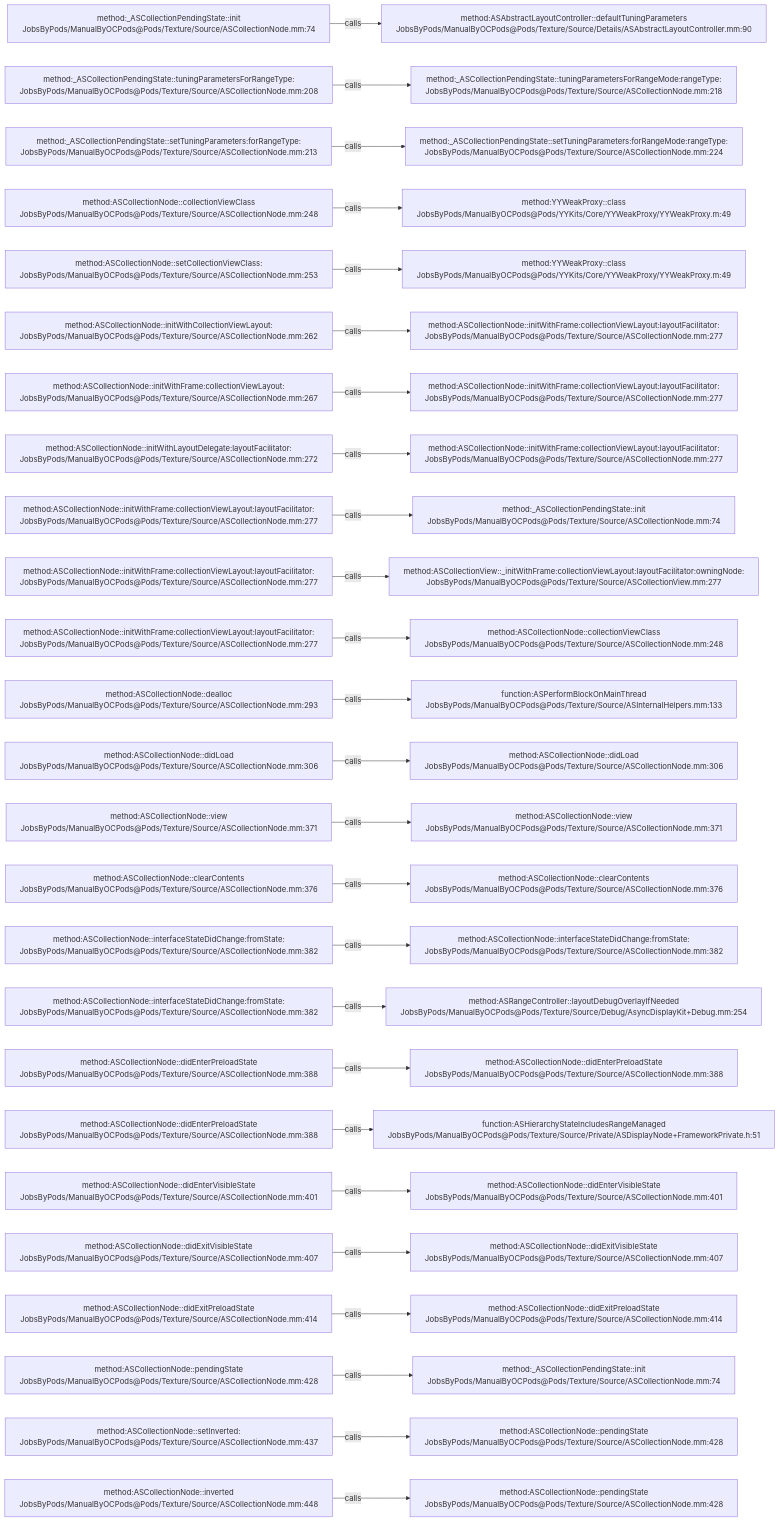
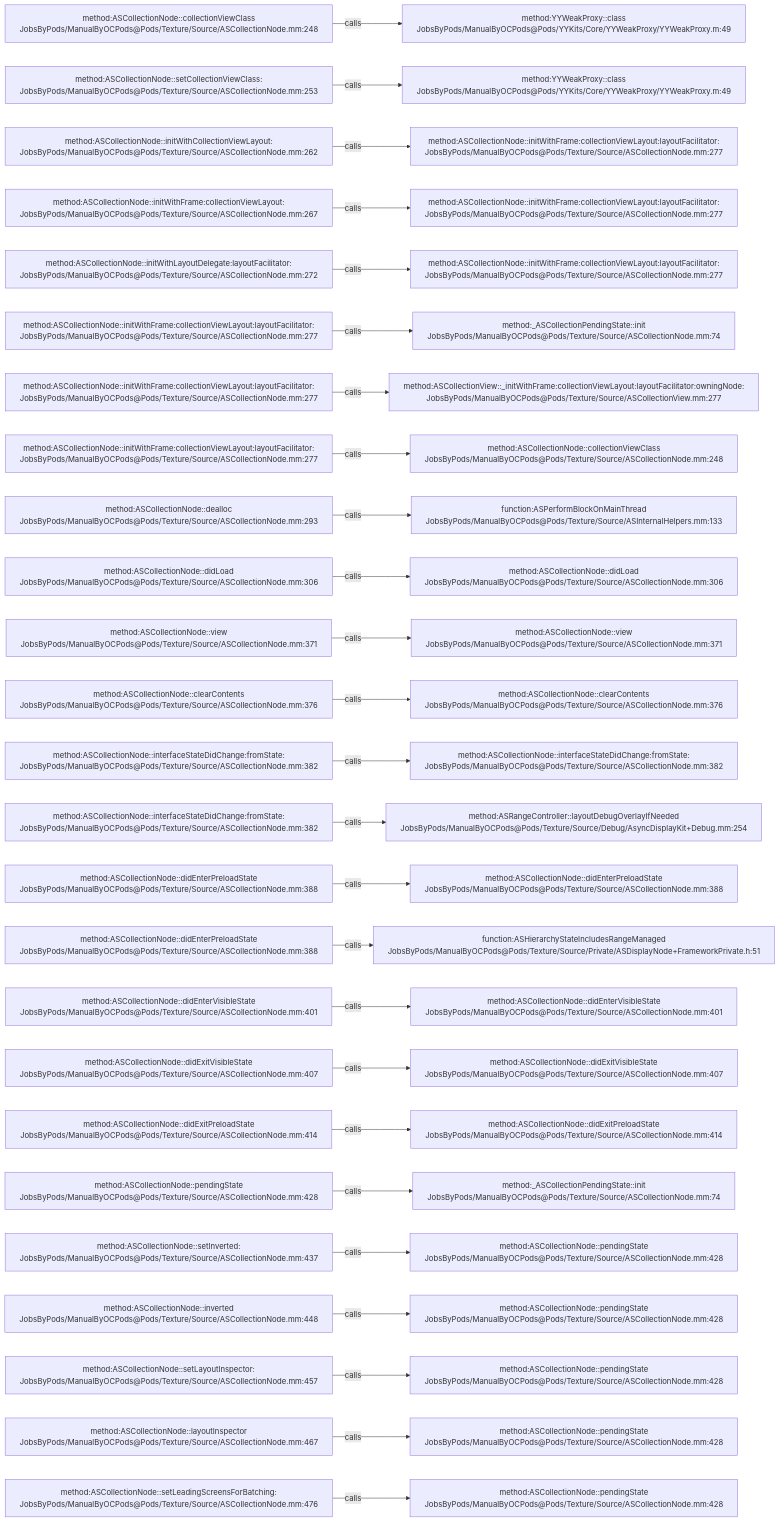
Before and after one commit to JobsKits/JobsOCBaseConfigDemo: the diagram in .codegraph/codegraph.md/graphs/calls-078.md, drawn with Mermaid. The commit also changed 342 other files, not shown here.

````diff
--- a/.codegraph/codegraph.md/graphs/calls-078.md
+++ b/.codegraph/codegraph.md/graphs/calls-078.md
@@ -13,78 +13,78 @@
 ```mermaid
 flowchart LR
-  S1["method:_ASCollectionPendingState::init<br/>JobsByPods/ManualByOCPods@Pods/Texture/Source/ASCollectionNode.mm:74"]
-  T1["method:ASAbstractLayoutController::defaultTuningParameters<br/>JobsByPods/ManualByOCPods@Pods/Texture/Source/Details/ASAbstractLayoutController.mm:90"]
+  S1["method:ASCollectionNode::collectionViewClass<br/>JobsByPods/ManualByOCPods@Pods/Texture/Source/ASCollectionNode.mm:248"]
+  T1["method:YYWeakProxy::class<br/>JobsByPods/ManualByOCPods@Pods/YYKits/Core/YYWeakProxy/YYWeakProxy.m:49"]
   S1 -->|calls| T1
-  S2["method:_ASCollectionPendingState::tuningParametersForRangeType:<br/>JobsByPods/ManualByOCPods@Pods/Texture/Source/ASCollectionNode.mm:208"]
-  T2["method:_ASCollectionPendingState::tuningParametersForRangeMode:rangeType:<br/>JobsByPods/ManualByOCPods@Pods/Texture/Source/ASCollectionNode.mm:218"]
+  S2["method:ASCollectionNode::setCollectionViewClass:<br/>JobsByPods/ManualByOCPods@Pods/Texture/Source/ASCollectionNode.mm:253"]
+  T2["method:YYWeakProxy::class<br/>JobsByPods/ManualByOCPods@Pods/YYKits/Core/YYWeakProxy/YYWeakProxy.m:49"]
   S2 -->|calls| T2
-  S3["method:_ASCollectionPendingState::setTuningParameters:forRangeType:<br/>JobsByPods/ManualByOCPods@Pods/Texture/Source/ASCollectionNode.mm:213"]
-  T3["method:_ASCollectionPendingState::setTuningParameters:forRangeMode:rangeType:<br/>JobsByPods/ManualByOCPods@Pods/Texture/Source/ASCollectionNode.mm:224"]
+  S3["method:ASCollectionNode::initWithCollectionViewLayout:<br/>JobsByPods/ManualByOCPods@Pods/Texture/Source/ASCollectionNode.mm:262"]
+  T3["method:ASCollectionNode::initWithFrame:collectionViewLayout:layoutFacilitator:<br/>JobsByPods/ManualByOCPods@Pods/Texture/Source/ASCollectionNode.mm:277"]
   S3 -->|calls| T3
-  S4["method:ASCollectionNode::collectionViewClass<br/>JobsByPods/ManualByOCPods@Pods/Texture/Source/ASCollectionNode.mm:248"]
-  T4["method:YYWeakProxy::class<br/>JobsByPods/ManualByOCPods@Pods/YYKits/Core/YYWeakProxy/YYWeakProxy.m:49"]
+  S4["method:ASCollectionNode::initWithFrame:collectionViewLayout:<br/>JobsByPods/ManualByOCPods@Pods/Texture/Source/ASCollectionNode.mm:267"]
+  T4["method:ASCollectionNode::initWithFrame:collectionViewLayout:layoutFacilitator:<br/>JobsByPods/ManualByOCPods@Pods/Texture/Source/ASCollectionNode.mm:277"]
   S4 -->|calls| T4
-  S5["method:ASCollectionNode::setCollectionViewClass:<br/>JobsByPods/ManualByOCPods@Pods/Texture/Source/ASCollectionNode.mm:253"]
-  T5["method:YYWeakProxy::class<br/>JobsByPods/ManualByOCPods@Pods/YYKits/Core/YYWeakProxy/YYWeakProxy.m:49"]
+  S5["method:ASCollectionNode::initWithLayoutDelegate:layoutFacilitator:<br/>JobsByPods/ManualByOCPods@Pods/Texture/Source/ASCollectionNode.mm:272"]
+  T5["method:ASCollectionNode::initWithFrame:collectionViewLayout:layoutFacilitator:<br/>JobsByPods/ManualByOCPods@Pods/Texture/Source/ASCollectionNode.mm:277"]
   S5 -->|calls| T5
-  S6["method:ASCollectionNode::initWithCollectionViewLayout:<br/>JobsByPods/ManualByOCPods@Pods/Texture/Source/ASCollectionNode.mm:262"]
-  T6["method:ASCollectionNode::initWithFrame:collectionViewLayout:layoutFacilitator:<br/>JobsByPods/ManualByOCPods@Pods/Texture/Source/ASCollectionNode.mm:277"]
+  S6["method:ASCollectionNode::initWithFrame:collectionViewLayout:layoutFacilitator:<br/>JobsByPods/ManualByOCPods@Pods/Texture/Source/ASCollectionNode.mm:277"]
+  T6["method:_ASCollectionPendingState::init<br/>JobsByPods/ManualByOCPods@Pods/Texture/Source/ASCollectionNode.mm:74"]
   S6 -->|calls| T6
-  S7["method:ASCollectionNode::initWithFrame:collectionViewLayout:<br/>JobsByPods/ManualByOCPods@Pods/Texture/Source/ASCollectionNode.mm:267"]
-  T7["method:ASCollectionNode::initWithFrame:collectionViewLayout:layoutFacilitator:<br/>JobsByPods/ManualByOCPods@Pods/Texture/Source/ASCollectionNode.mm:277"]
+  S7["method:ASCollectionNode::initWithFrame:collectionViewLayout:layoutFacilitator:<br/>JobsByPods/ManualByOCPods@Pods/Texture/Source/ASCollectionNode.mm:277"]
+  T7["method:ASCollectionView::_initWithFrame:collectionViewLayout:layoutFacilitator:owningNode:<br/>JobsByPods/ManualByOCPods@Pods/Texture/Source/ASCollectionView.mm:277"]
   S7 -->|calls| T7
-  S8["method:ASCollectionNode::initWithLayoutDelegate:layoutFacilitator:<br/>JobsByPods/ManualByOCPods@Pods/Texture/Source/ASCollectionNode.mm:272"]
-  T8["method:ASCollectionNode::initWithFrame:collectionViewLayout:layoutFacilitator:<br/>JobsByPods/ManualByOCPods@Pods/Texture/Source/ASCollectionNode.mm:277"]
+  S8["method:ASCollectionNode::initWithFrame:collectionViewLayout:layoutFacilitator:<br/>JobsByPods/ManualByOCPods@Pods/Texture/Source/ASCollectionNode.mm:277"]
+  T8["method:ASCollectionNode::collectionViewClass<br/>JobsByPods/ManualByOCPods@Pods/Texture/Source/ASCollectionNode.mm:248"]
   S8 -->|calls| T8
-  S9["method:ASCollectionNode::initWithFrame:collectionViewLayout:layoutFacilitator:<br/>JobsByPods/ManualByOCPods@Pods/Texture/Source/ASCollectionNode.mm:277"]
-  T9["method:_ASCollectionPendingState::init<br/>JobsByPods/ManualByOCPods@Pods/Texture/Source/ASCollectionNode.mm:74"]
+  S9["method:ASCollectionNode::dealloc<br/>JobsByPods/ManualByOCPods@Pods/Texture/Source/ASCollectionNode.mm:293"]
+  T9["function:ASPerformBlockOnMainThread<br/>JobsByPods/ManualByOCPods@Pods/Texture/Source/ASInternalHelpers.mm:133"]
   S9 -->|calls| T9
-  S10["method:ASCollectionNode::initWithFrame:collectionViewLayout:layoutFacilitator:<br/>JobsByPods/ManualByOCPods@Pods/Texture/Source/ASCollectionNode.mm:277"]
-  T10["method:ASCollectionView::_initWithFrame:collectionViewLayout:layoutFacilitator:owningNode:<br/>JobsByPods/ManualByOCPods@Pods/Texture/Source/ASCollectionView.mm:277"]
+  S10["method:ASCollectionNode::didLoad<br/>JobsByPods/ManualByOCPods@Pods/Texture/Source/ASCollectionNode.mm:306"]
+  T10["method:ASCollectionNode::didLoad<br/>JobsByPods/ManualByOCPods@Pods/Texture/Source/ASCollectionNode.mm:306"]
   S10 -->|calls| T10
-  S11["method:ASCollectionNode::initWithFrame:collectionViewLayout:layoutFacilitator:<br/>JobsByPods/ManualByOCPods@Pods/Texture/Source/ASCollectionNode.mm:277"]
-  T11["method:ASCollectionNode::collectionViewClass<br/>JobsByPods/ManualByOCPods@Pods/Texture/Source/ASCollectionNode.mm:248"]
+  S11["method:ASCollectionNode::view<br/>JobsByPods/ManualByOCPods@Pods/Texture/Source/ASCollectionNode.mm:371"]
+  T11["method:ASCollectionNode::view<br/>JobsByPods/ManualByOCPods@Pods/Texture/Source/ASCollectionNode.mm:371"]
   S11 -->|calls| T11
-  S12["method:ASCollectionNode::dealloc<br/>JobsByPods/ManualByOCPods@Pods/Texture/Source/ASCollectionNode.mm:293"]
-  T12["function:ASPerformBlockOnMainThread<br/>JobsByPods/ManualByOCPods@Pods/Texture/Source/ASInternalHelpers.mm:133"]
+  S12["method:ASCollectionNode::clearContents<br/>JobsByPods/ManualByOCPods@Pods/Texture/Source/ASCollectionNode.mm:376"]
+  T12["method:ASCollectionNode::clearContents<br/>JobsByPods/ManualByOCPods@Pods/Texture/Source/ASCollectionNode.mm:376"]
   S12 -->|calls| T12
-  S13["method:ASCollectionNode::didLoad<br/>JobsByPods/ManualByOCPods@Pods/Texture/Source/ASCollectionNode.mm:306"]
-  T13["method:ASCollectionNode::didLoad<br/>JobsByPods/ManualByOCPods@Pods/Texture/Source/ASCollectionNode.mm:306"]
+  S13["method:ASCollectionNode::interfaceStateDidChange:fromState:<br/>JobsByPods/ManualByOCPods@Pods/Texture/Source/ASCollectionNode.mm:382"]
+  T13["method:ASCollectionNode::interfaceStateDidChange:fromState:<br/>JobsByPods/ManualByOCPods@Pods/Texture/Source/ASCollectionNode.mm:382"]
   S13 -->|calls| T13
-  S14["method:ASCollectionNode::view<br/>JobsByPods/ManualByOCPods@Pods/Texture/Source/ASCollectionNode.mm:371"]
-  T14["method:ASCollectionNode::view<br/>JobsByPods/ManualByOCPods@Pods/Texture/Source/ASCollectionNode.mm:371"]
+  S14["method:ASCollectionNode::interfaceStateDidChange:fromState:<br/>JobsByPods/ManualByOCPods@Pods/Texture/Source/ASCollectionNode.mm:382"]
+  T14["method:ASRangeController::layoutDebugOverlayIfNeeded<br/>JobsByPods/ManualByOCPods@Pods/Texture/Source/Debug/AsyncDisplayKit+Debug.mm:254"]
   S14 -->|calls| T14
-  S15["method:ASCollectionNode::clearContents<br/>JobsByPods/ManualByOCPods@Pods/Texture/Source/ASCollectionNode.mm:376"]
-  T15["method:ASCollectionNode::clearContents<br/>JobsByPods/ManualByOCPods@Pods/Texture/Source/ASCollectionNode.mm:376"]
+  S15["method:ASCollectionNode::didEnterPreloadState<br/>JobsByPods/ManualByOCPods@Pods/Texture/Source/ASCollectionNode.mm:388"]
+  T15["method:ASCollectionNode::didEnterPreloadState<br/>JobsByPods/ManualByOCPods@Pods/Texture/Source/ASCollectionNode.mm:388"]
   S15 -->|calls| T15
-  S16["method:ASCollectionNode::interfaceStateDidChange:fromState:<br/>JobsByPods/ManualByOCPods@Pods/Texture/Source/ASCollectionNode.mm:382"]
-  T16["method:ASCollectionNode::interfaceStateDidChange:fromState:<br/>JobsByPods/ManualByOCPods@Pods/Texture/Source/ASCollectionNode.mm:382"]
+  S16["method:ASCollectionNode::didEnterPreloadState<br/>JobsByPods/ManualByOCPods@Pods/Texture/Source/ASCollectionNode.mm:388"]
+  T16["function:ASHierarchyStateIncludesRangeManaged<br/>JobsByPods/ManualByOCPods@Pods/Texture/Source/Private/ASDisplayNode+FrameworkPrivate.h:51"]
   S16 -->|calls| T16
-  S17["method:ASCollectionNode::interfaceStateDidChange:fromState:<br/>JobsByPods/ManualByOCPods@Pods/Texture/Source/ASCollectionNode.mm:382"]
-  T17["method:ASRangeController::layoutDebugOverlayIfNeeded<br/>JobsByPods/ManualByOCPods@Pods/Texture/Source/Debug/AsyncDisplayKit+Debug.mm:254"]
+  S17["method:ASCollectionNode::didEnterVisibleState<br/>JobsByPods/ManualByOCPods@Pods/Texture/Source/ASCollectionNode.mm:401"]
+  T17["method:ASCollectionNode::didEnterVisibleState<br/>JobsByPods/ManualByOCPods@Pods/Texture/Source/ASCollectionNode.mm:401"]
   S17 -->|calls| T17
-  S18["method:ASCollectionNode::didEnterPreloadState<br/>JobsByPods/ManualByOCPods@Pods/Texture/Source/ASCollectionNode.mm:388"]
-  T18["method:ASCollectionNode::didEnterPreloadState<br/>JobsByPods/ManualByOCPods@Pods/Texture/Source/ASCollectionNode.mm:388"]
+  S18["method:ASCollectionNode::didExitVisibleState<br/>JobsByPods/ManualByOCPods@Pods/Texture/Source/ASCollectionNode.mm:407"]
+  T18["method:ASCollectionNode::didExitVisibleState<br/>JobsByPods/ManualByOCPods@Pods/Texture/Source/ASCollectionNode.mm:407"]
   S18 -->|calls| T18
-  S19["method:ASCollectionNode::didEnterPreloadState<br/>JobsByPods/ManualByOCPods@Pods/Texture/Source/ASCollectionNode.mm:388"]
-  T19["function:ASHierarchyStateIncludesRangeManaged<br/>JobsByPods/ManualByOCPods@Pods/Texture/Source/Private/ASDisplayNode+FrameworkPrivate.h:51"]
+  S19["method:ASCollectionNode::didExitPreloadState<br/>JobsByPods/ManualByOCPods@Pods/Texture/Source/ASCollectionNode.mm:414"]
+  T19["method:ASCollectionNode::didExitPreloadState<br/>JobsByPods/ManualByOCPods@Pods/Texture/Source/ASCollectionNode.mm:414"]
   S19 -->|calls| T19
-  S20["method:ASCollectionNode::didEnterVisibleState<br/>JobsByPods/ManualByOCPods@Pods/Texture/Source/ASCollectionNode.mm:401"]
-  T20["method:ASCollectionNode::didEnterVisibleState<br/>JobsByPods/ManualByOCPods@Pods/Texture/Source/ASCollectionNode.mm:401"]
+  S20["method:ASCollectionNode::pendingState<br/>JobsByPods/ManualByOCPods@Pods/Texture/Source/ASCollectionNode.mm:428"]
+  T20["method:_ASCollectionPendingState::init<br/>JobsByPods/ManualByOCPods@Pods/Texture/Source/ASCollectionNode.mm:74"]
   S20 -->|calls| T20
-  S21["method:ASCollectionNode::didExitVisibleState<br/>JobsByPods/ManualByOCPods@Pods/Texture/Source/ASCollectionNode.mm:407"]
-  T21["method:ASCollectionNode::didExitVisibleState<br/>JobsByPods/ManualByOCPods@Pods/Texture/Source/ASCollectionNode.mm:407"]
+  S21["method:ASCollectionNode::setInverted:<br/>JobsByPods/ManualByOCPods@Pods/Texture/Source/ASCollectionNode.mm:437"]
+  T21["method:ASCollectionNode::pendingState<br/>JobsByPods/ManualByOCPods@Pods/Texture/Source/ASCollectionNode.mm:428"]
   S21 -->|calls| T21
-  S22["method:ASCollectionNode::didExitPreloadState<br/>JobsByPods/ManualByOCPods@Pods/Texture/Source/ASCollectionNode.mm:414"]
-  T22["method:ASCollectionNode::didExitPreloadState<br/>JobsByPods/ManualByOCPods@Pods/Texture/Source/ASCollectionNode.mm:414"]
+  S22["method:ASCollectionNode::inverted<br/>JobsByPods/ManualByOCPods@Pods/Texture/Source/ASCollectionNode.mm:448"]
+  T22["method:ASCollectionNode::pendingState<br/>JobsByPods/ManualByOCPods@Pods/Texture/Source/ASCollectionNode.mm:428"]
   S22 -->|calls| T22
-  S23["method:ASCollectionNode::pendingState<br/>JobsByPods/ManualByOCPods@Pods/Texture/Source/ASCollectionNode.mm:428"]
-  T23["method:_ASCollectionPendingState::init<br/>JobsByPods/ManualByOCPods@Pods/Texture/Source/ASCollectionNode.mm:74"]
+  S23["method:ASCollectionNode::setLayoutInspector:<br/>JobsByPods/ManualByOCPods@Pods/Texture/Source/ASCollectionNode.mm:457"]
+  T23["method:ASCollectionNode::pendingState<br/>JobsByPods/ManualByOCPods@Pods/Texture/Source/ASCollectionNode.mm:428"]
   S23 -->|calls| T23
-  S24["method:ASCollectionNode::setInverted:<br/>JobsByPods/ManualByOCPods@Pods/Texture/Source/ASCollectionNode.mm:437"]
+  S24["method:ASCollectionNode::layoutInspector<br/>JobsByPods/ManualByOCPods@Pods/Texture/Source/ASCollectionNode.mm:467"]
   T24["method:ASCollectionNode::pendingState<br/>JobsByPods/ManualByOCPods@Pods/Texture/Source/ASCollectionNode.mm:428"]
   S24 -->|calls| T24
-  S25["method:ASCollectionNode::inverted<br/>JobsByPods/ManualByOCPods@Pods/Texture/Source/ASCollectionNode.mm:448"]
+  S25["method:ASCollectionNode::setLeadingScreensForBatching:<br/>JobsByPods/ManualByOCPods@Pods/Texture/Source/ASCollectionNode.mm:476"]
   T25["method:ASCollectionNode::pendingState<br/>JobsByPods/ManualByOCPods@Pods/Texture/Source/ASCollectionNode.mm:428"]
   S25 -->|calls| T25
 ```
````
